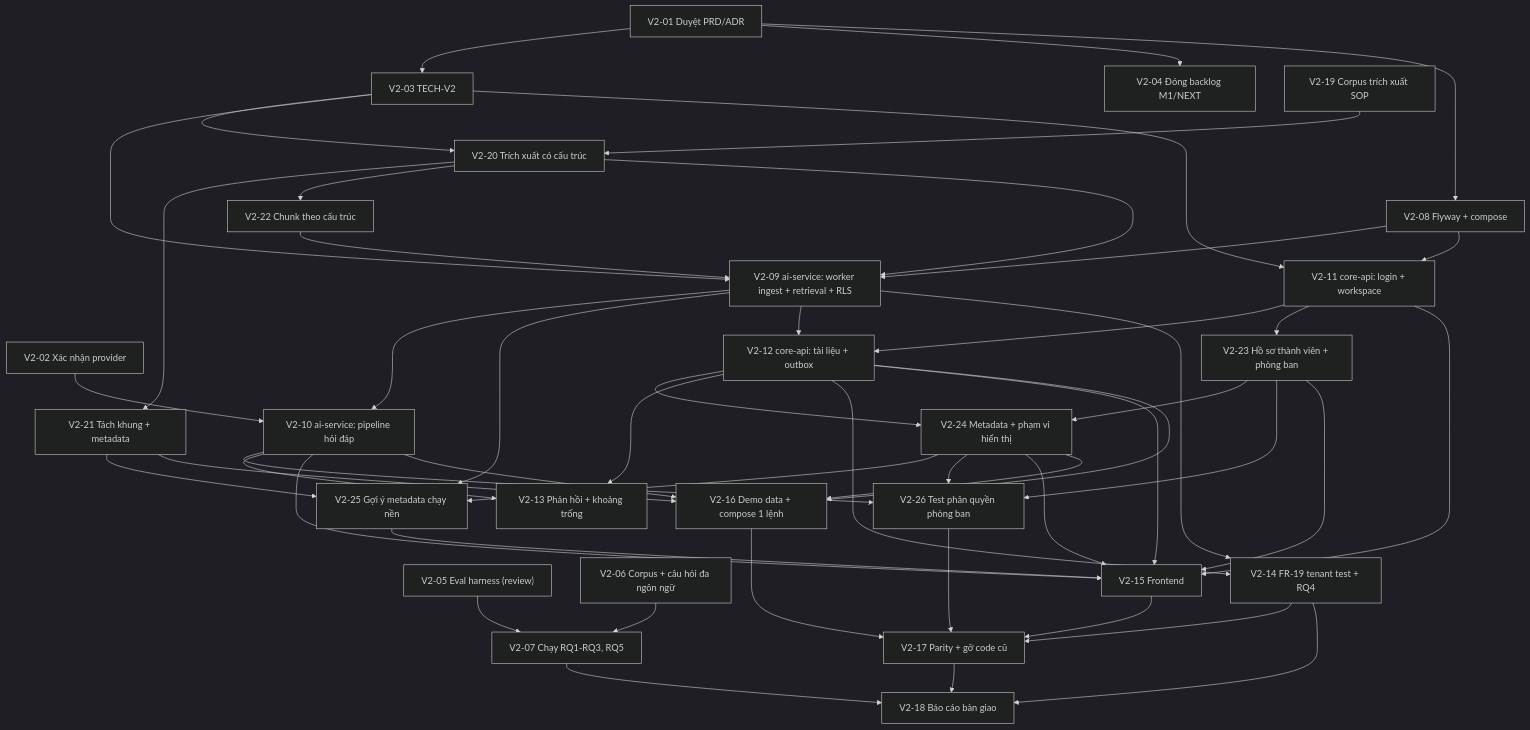
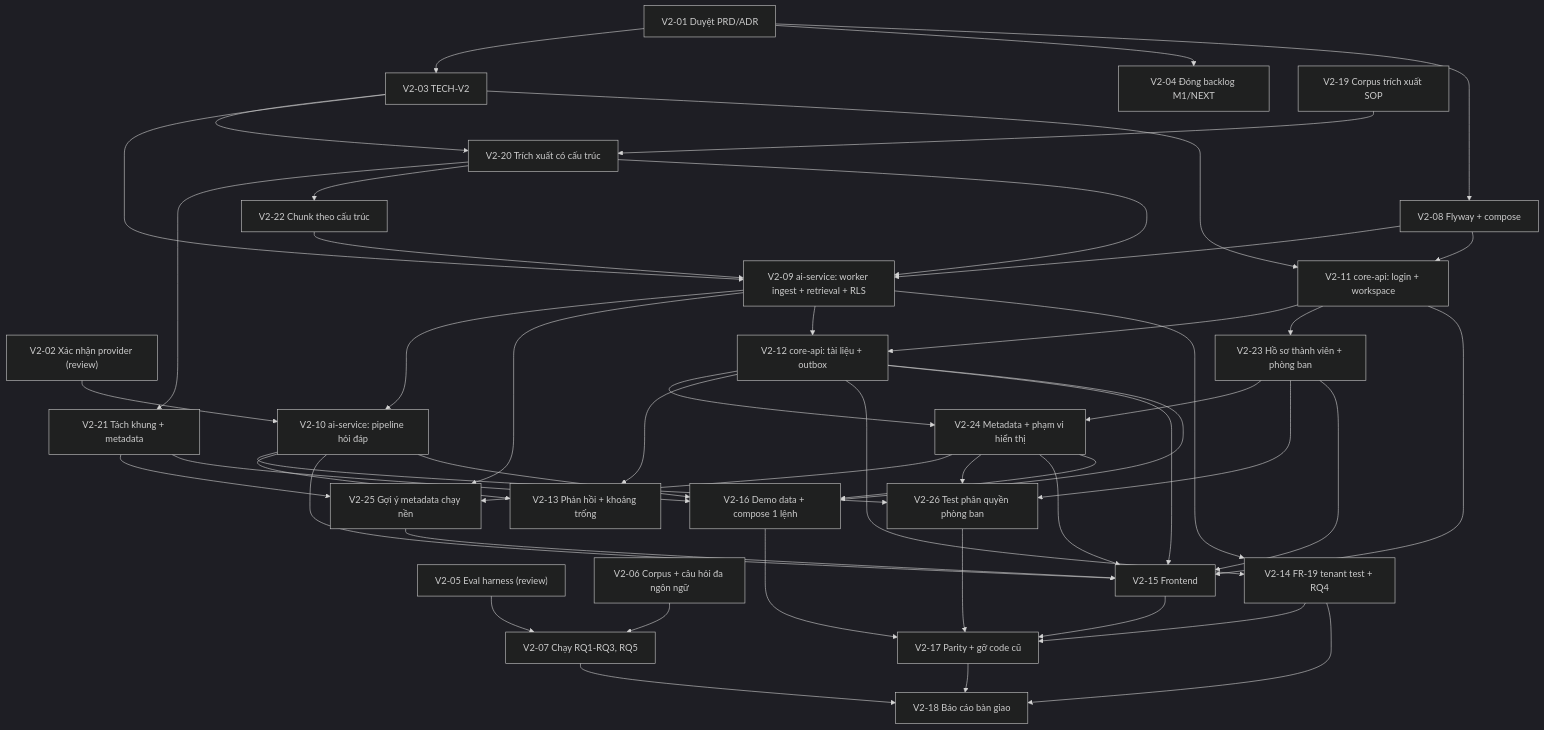
One commit to N-Tien-L/SOPilot changed the diagram in docs/03-plans/PLAN-V2-sopilot-mvp.md. Above: the diagram before and after it, drawn with Mermaid (dark theme). The commit also changed other lines of this file and 2 other files, not shown here.

Commit message:
docs(plan): record V2-02 provider re-check and move ticket to review

````diff
--- a/docs/03-plans/PLAN-V2-sopilot-mvp.md
+++ b/docs/03-plans/PLAN-V2-sopilot-mvp.md
@@ -57,34 +57,34 @@
 ```mermaid
 flowchart TD
     V01["V2-01 Duyệt PRD/ADR"] --> V03["V2-03 TECH-V2"]
     V01 --> V04["V2-04 Đóng backlog M1/NEXT"]
     V01 --> V08["V2-08 Flyway + compose"]
     V05["V2-05 Eval harness (review)"] --> V07["V2-07 Chạy RQ1-RQ3, RQ5"]
     V06["V2-06 Corpus + câu hỏi đa ngôn ngữ"] --> V07
     V19["V2-19 Corpus trích xuất SOP"] --> V20["V2-20 Trích xuất có cấu trúc"]
     V03 --> V20
     V20 --> V21["V2-21 Tách khung + metadata"]
     V20 --> V22["V2-22 Chunk theo cấu trúc"]
     V03 --> V09["V2-09 ai-service: worker ingest + retrieval + RLS"]
     V08 --> V09
     V20 --> V09
     V22 --> V09
     V03 --> V11["V2-11 core-api: login + workspace"]
     V08 --> V11
     V09 --> V10["V2-10 ai-service: pipeline hỏi đáp"]
-    V02["V2-02 Xác nhận provider"] --> V10
+    V02["V2-02 Xác nhận provider (review)"] --> V10
     V11 --> V12["V2-12 core-api: tài liệu + outbox"]
     V11 --> V23["V2-23 Hồ sơ thành viên + phòng ban"]
     V12 & V23 --> V24["V2-24 Metadata + phạm vi hiển thị"]
     V09 & V21 & V24 --> V25["V2-25 Gợi ý metadata chạy nền"]
     V10 & V23 & V24 --> V26["V2-26 Test phân quyền phòng ban"]
     V09 --> V12
     V12 --> V13["V2-13 Phản hồi + khoảng trống"]
     V10 --> V13
     V12 --> V14["V2-14 FR-19 tenant test + RQ4"]
     V09 --> V14
     V11 & V12 & V10 & V23 & V24 & V25 --> V15["V2-15 Frontend"]
     V12 & V10 & V21 & V24 --> V16["V2-16 Demo data + compose 1 lệnh"]
     V15 & V16 & V14 & V26 --> V17["V2-17 Parity + gỡ code cũ"]
     V07 & V14 & V17 --> V18["V2-18 Báo cáo bàn giao"]
 ```
````
